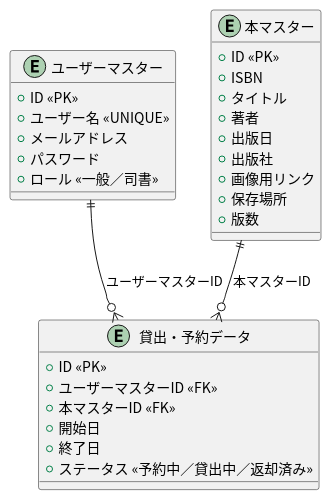
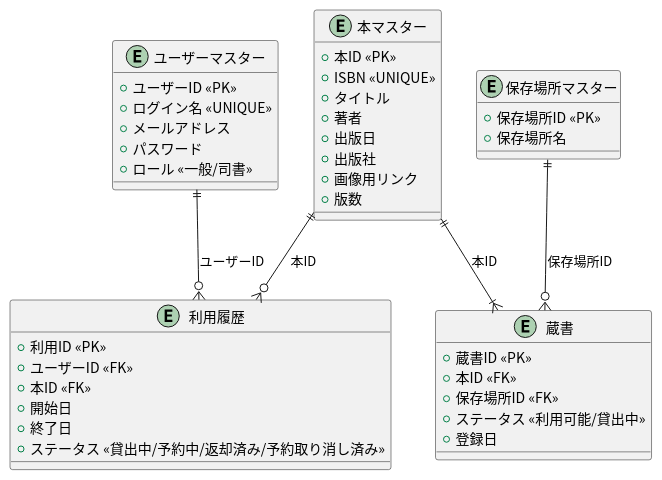
Before and after one commit to tomoki-shiozaki/distributed-library: the diagram in docs/ER/er.pu, drawn with PlantUML.

Commit message:
docs: add ER diagram (WIP)

```diff
--- a/docs/ER/er.pu
+++ b/docs/ER/er.pu
@@ -1,35 +1,51 @@
 @startuml er
  skinparam defaultFontName "Noto Sans CJK JP"
  entity "ユーザーマスター" {
-   +ID <<PK>>
-   +ユーザー名 <<UNIQUE>>
+   +ユーザーID <<PK>>
+   +ログイン名 <<UNIQUE>>
    +メールアドレス
    +パスワード
-   +ロール <<一般／司書>>
+   +ロール <<一般/司書>>
  }
  
- entity "本マスター" {
-   +ID <<PK>>
-   +ISBN 
+ entity "本マスター" as book {
+   +本ID <<PK>>
+   +ISBN <<UNIQUE>>
    +タイトル 
    +著者
    +出版日
    +出版社
    +画像用リンク
-   +保存場所
    +版数
  }
 
- entity "貸出・予約データ" {
-   +ID <<PK>>
-   +ユーザーマスターID <<FK>>
-   +本マスターID <<FK>>
+ entity "蔵書" as Copy {
+   +蔵書ID <<PK>>
+   +本ID <<FK>>
+   +保存場所ID <<FK>>
+   +ステータス <<利用可能/貸出中>>
+   +登録日
+ }
+
+ entity "保存場所マスター" as Location {
+   +保存場所ID <<PK>>
+   +保存場所名
+ }
+
+ entity "利用履歴" {
+   +利用ID <<PK>>
+   +ユーザーID <<FK>>
+   +本ID <<FK>>
    +開始日
    +終了日
-   +ステータス <<予約中／貸出中／返却済み>>
+   +ステータス <<貸出中/予約中/返却済み/予約取り消し済み>>
  }
+
  
- "ユーザーマスター" ||--o{ "貸出・予約データ" : ユーザーマスターID
- "本マスター" ||--o{ "貸出・予約データ" : 本マスターID
+ 
+ "ユーザーマスター" ||--o{ "利用履歴" : ユーザーID
+ book ||--o{ "利用履歴" : 本ID
+ book ||--|{ Copy : 本ID
+ Location ||--o{ "Copy" : 保存場所ID
 
  @enduml
```
